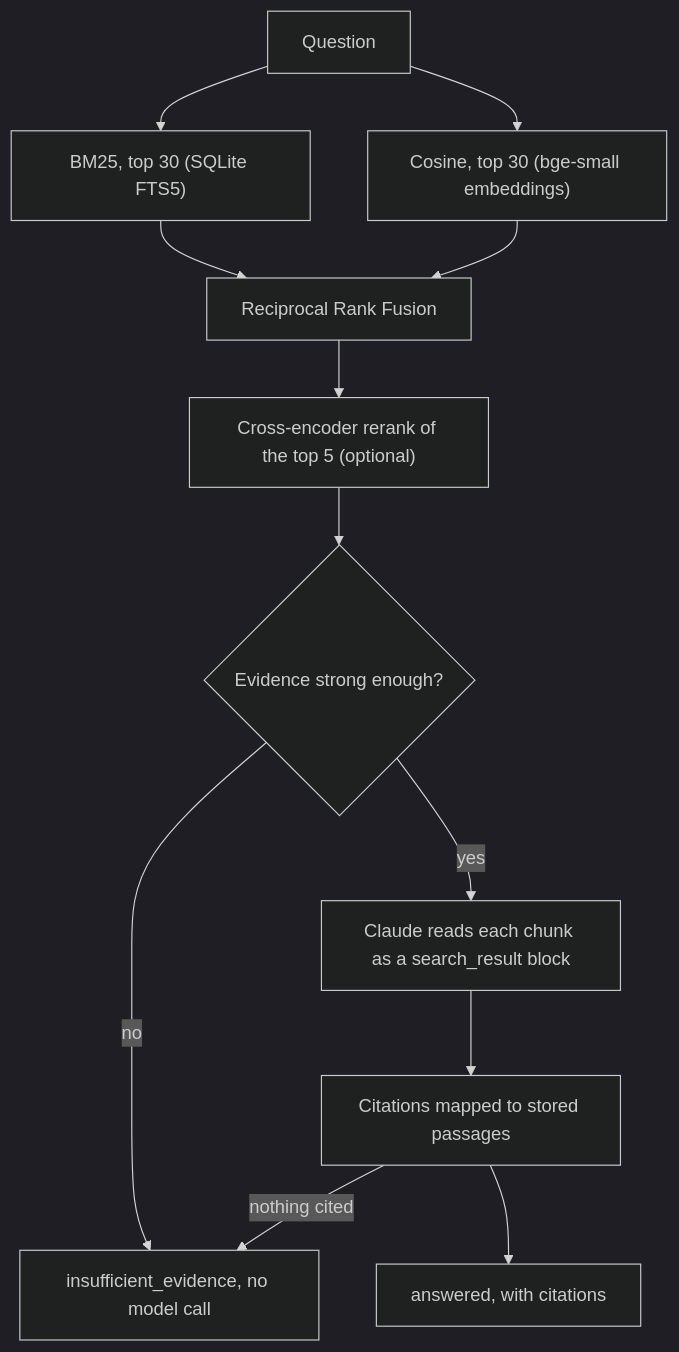
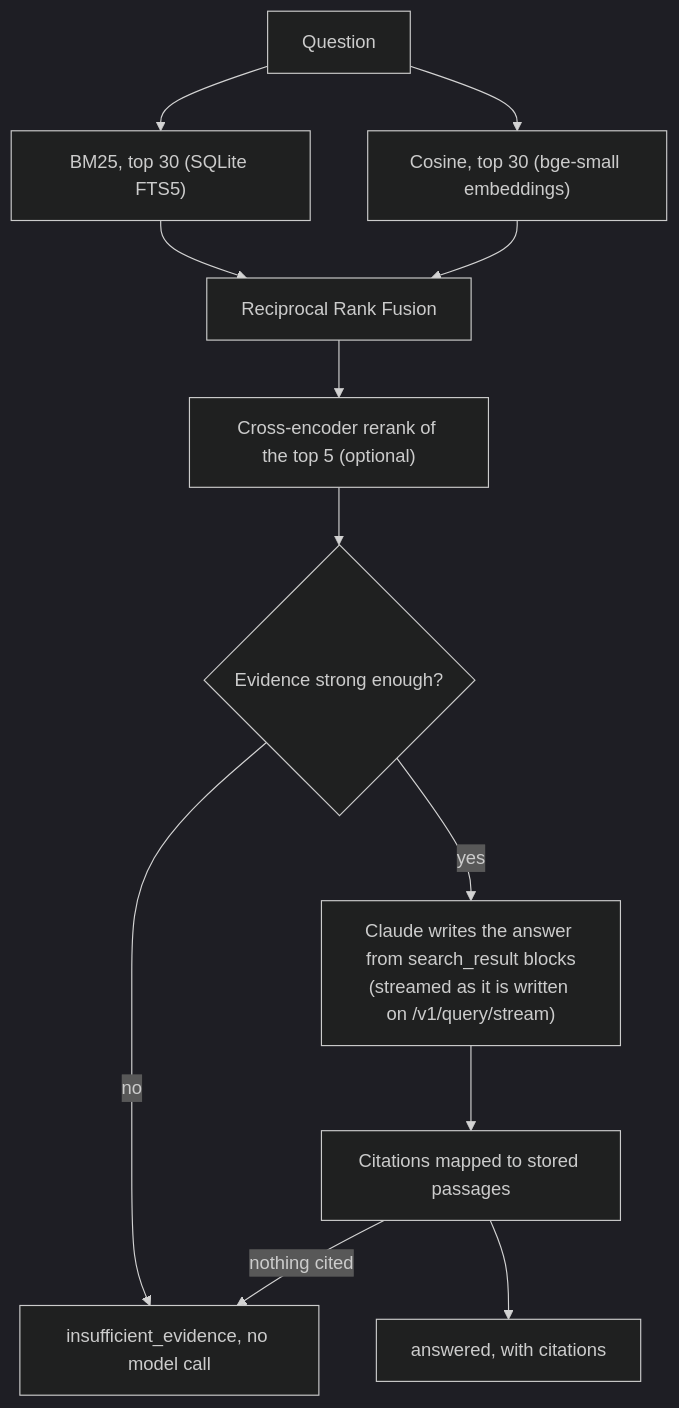
The second of 2 diagrams in README.md (saicharan-nidiganti/production-rag), drawn with Mermaid (dark theme) before and after one commit. The commit also changed other lines of this file and 2 other files, not shown here.

First line of the commit message:
docs: rework the README, operations guide and architecture with new diagrams

````diff
--- a/README.md
+++ b/README.md
@@ -78,12 +93,12 @@
 ```mermaid
 flowchart TB
     q["Question"] --> bm25["BM25, top 30 (SQLite FTS5)"] & vec["Cosine, top 30 (bge-small embeddings)"]
     bm25 & vec --> rrf["Reciprocal Rank Fusion"]
     rrf --> rerank["Cross-encoder rerank of the top 5 (optional)"]
     rerank --> gate{"Evidence strong enough?"}
     gate -- "no" --> abstain["insufficient_evidence, no model call"]
-    gate -- "yes" --> gen["Claude reads each chunk as a search_result block"]
+    gate -- "yes" --> gen["Claude writes the answer from search_result blocks<br/>(streamed as it is written on /v1/query/stream)"]
     gen --> cite["Citations mapped to stored passages"]
     cite --> answered["answered, with citations"]
     cite -- "nothing cited" --> abstain
 ```
````
